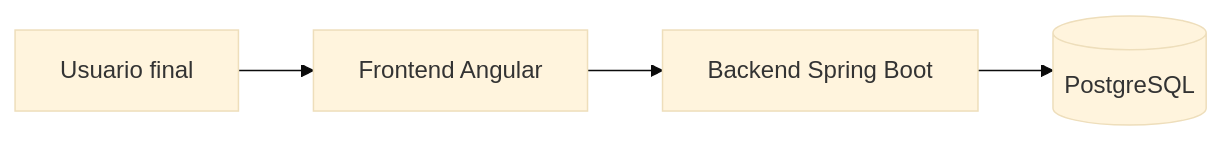
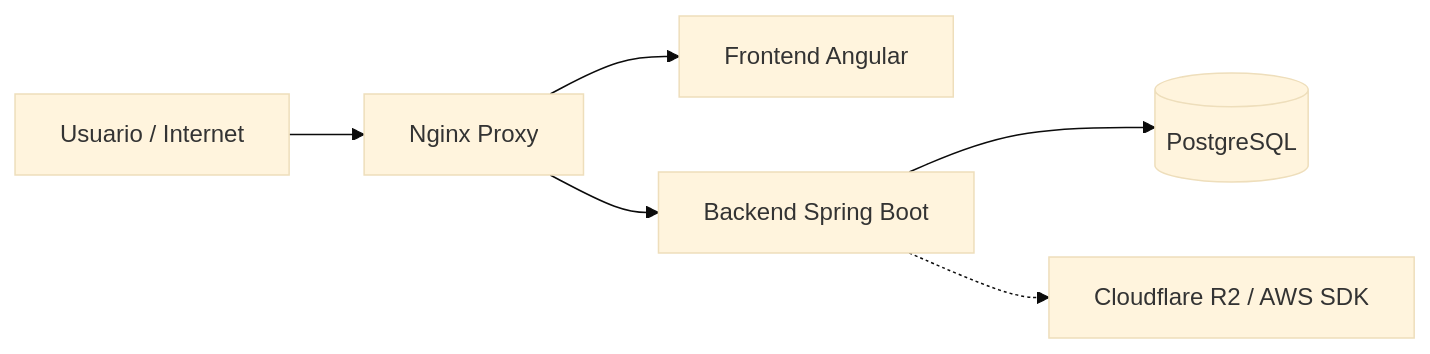
Before and after one commit to Gaarcii/WorkTrace: the diagram in README.md, drawn with Mermaid (base theme). The commit also changed other lines of this file, not shown here.

````diff
--- a/README.md
+++ b/README.md
@@ -11,6 +11,9 @@
 ```mermaid
 flowchart LR
-    Usuario[Usuario final] --> Frontend[Frontend Angular]
-    Frontend --> API[Backend Spring Boot]
+    Usuario[Usuario / Internet] --> Proxy[Nginx Proxy]
+    Proxy --> Frontend[Frontend Angular]
+    Proxy --> API[Backend Spring Boot]
     API --> DB[(PostgreSQL)]
+    API -.-> S3[Cloudflare R2 / AWS SDK]
+
 ```
````
